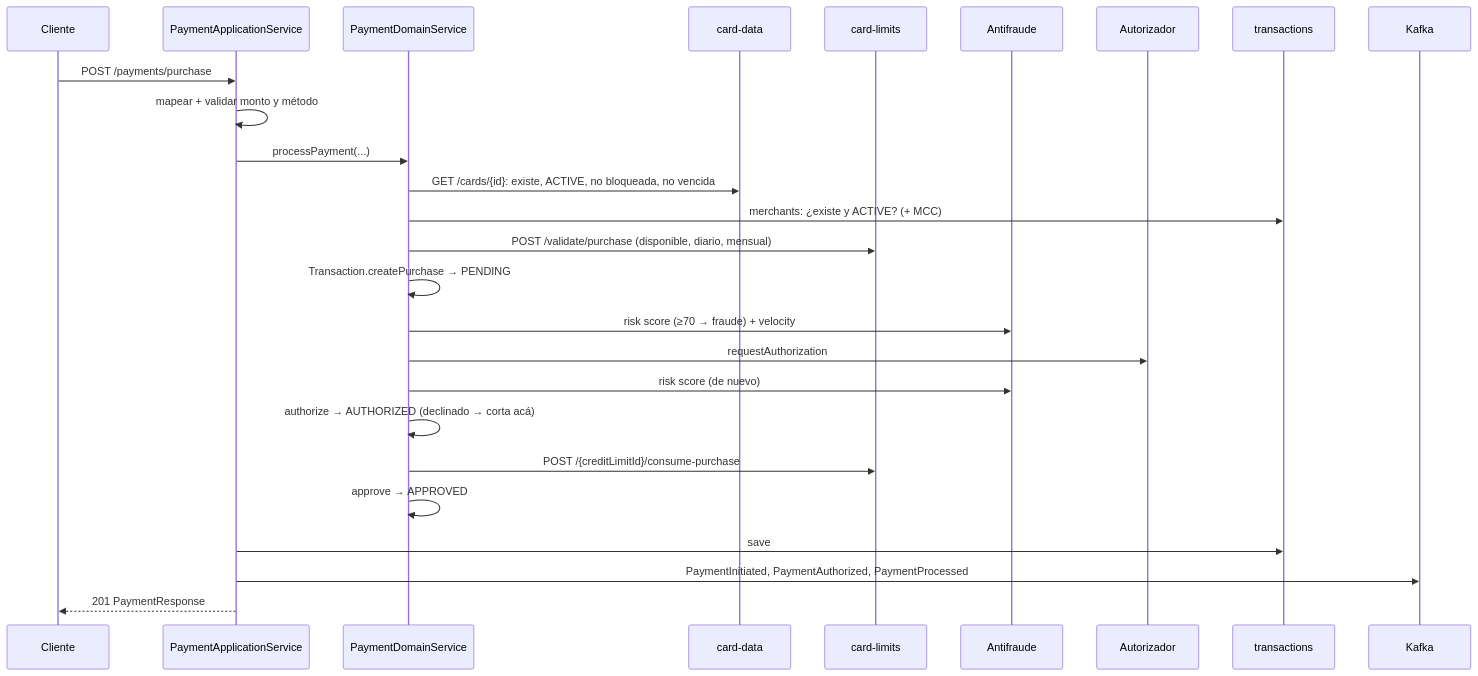
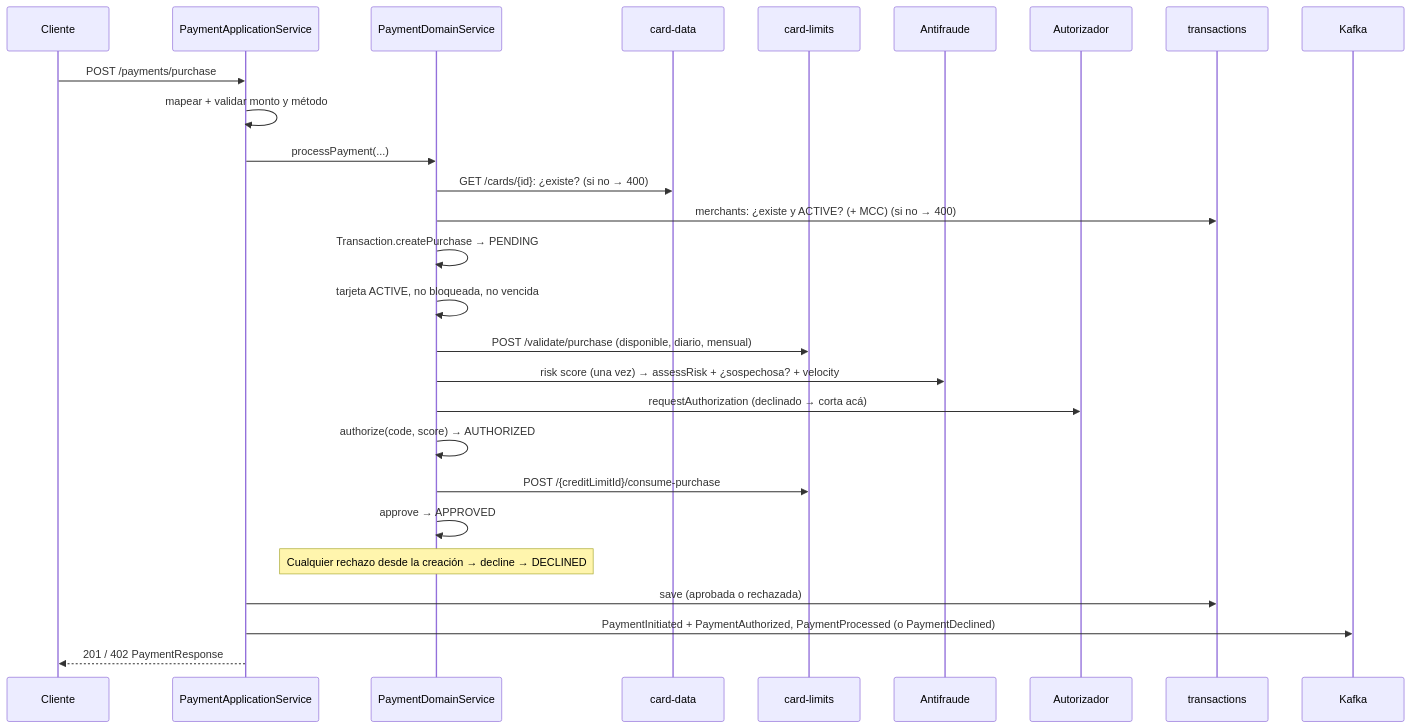
One commit to creditcard-managment/card-managment-service changed the third of 3 diagrams in docs/technical/PAYMENT.md. Above: the diagram before and after it, drawn with Mermaid. The commit also changed other lines of this file and 53 other files, not shown here.

````diff
--- a/docs/technical/PAYMENT.md
+++ b/docs/technical/PAYMENT.md
@@ -170,29 +173,30 @@
 ```mermaid
 sequenceDiagram
     participant C as Cliente
     participant AS as PaymentApplicationService
     participant DS as PaymentDomainService
     participant CD as card-data
     participant CL as card-limits
     participant FR as Antifraude
     participant AU as Autorizador
     participant DB as transactions
     participant K as Kafka
 
     C->>AS: POST /payments/purchase
     AS->>AS: mapear + validar monto y método
     AS->>DS: processPayment(...)
-    DS->>CD: GET /cards/{id}: existe, ACTIVE, no bloqueada, no vencida
-    DS->>DB: merchants: ¿existe y ACTIVE? (+ MCC)
+    DS->>CD: GET /cards/{id}: ¿existe? (si no → 400)
+    DS->>DB: merchants: ¿existe y ACTIVE? (+ MCC) (si no → 400)
+    DS->>DS: Transaction.createPurchase → PENDING
+    DS->>DS: tarjeta ACTIVE, no bloqueada, no vencida
     DS->>CL: POST /validate/purchase (disponible, diario, mensual)
-    DS->>DS: Transaction.createPurchase → PENDING
-    DS->>FR: risk score (≥70 → fraude) + velocity
-    DS->>AU: requestAuthorization
-    DS->>FR: risk score (de nuevo)
-    DS->>DS: authorize → AUTHORIZED (declinado → corta acá)
+    DS->>FR: risk score (una vez) → assessRisk + ¿sospechosa? + velocity
+    DS->>AU: requestAuthorization (declinado → corta acá)
+    DS->>DS: authorize(code, score) → AUTHORIZED
     DS->>CL: POST /{creditLimitId}/consume-purchase
     DS->>DS: approve → APPROVED
-    AS->>DB: save
-    AS->>K: PaymentInitiated, PaymentAuthorized, PaymentProcessed
-    AS-->>C: 201 PaymentResponse
+    Note over DS: Cualquier rechazo desde la creación → decline → DECLINED
+    AS->>DB: save (aprobada o rechazada)
+    AS->>K: PaymentInitiated + PaymentAuthorized, PaymentProcessed (o PaymentDeclined)
+    AS-->>C: 201 / 402 PaymentResponse
 ```
````
